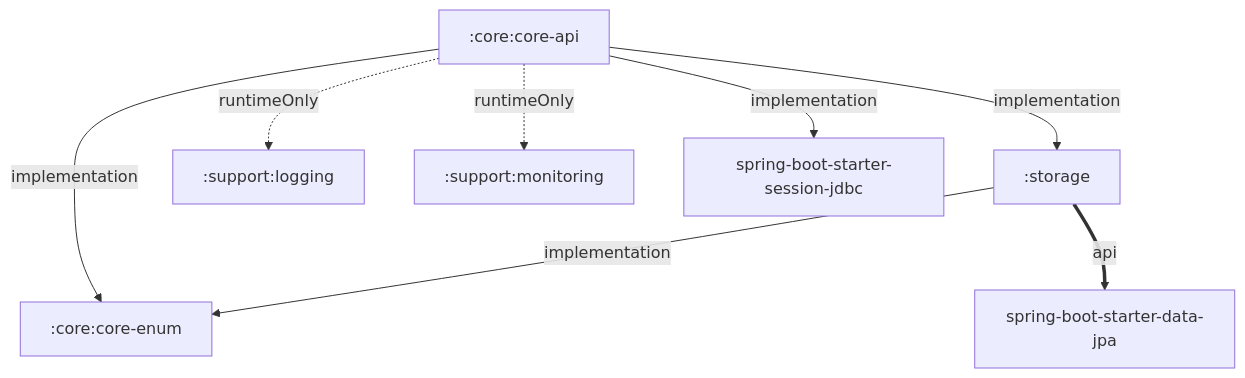
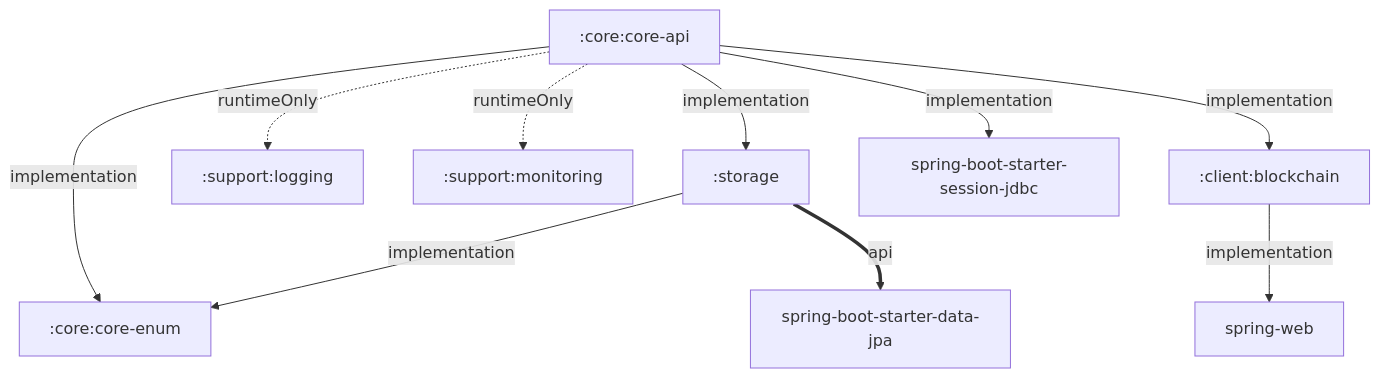
One commit to Team-ABC-Al-Block-Clock/Ai-Block-Clock changed the diagram in backend/ai-block-clock/docs/MODULES.md. Above: the diagram before and after it, drawn with Mermaid. The commit also changed other lines of this file and 1 other file, not shown here.

Commit message:
[S15P21A403-285] docs: client 모듈 구조와 설정 소유를 문서에 반영

````diff
--- a/backend/ai-block-clock/docs/MODULES.md
+++ b/backend/ai-block-clock/docs/MODULES.md
@@ -67,18 +73,22 @@
 ```mermaid
 graph TD
     api[":core:core-api"]
     enums[":core:core-enum"]
     storage[":storage"]
     logging[":support:logging"]
     monitoring[":support:monitoring"]
+    blockchain[":client:blockchain"]
     jpa["spring-boot-starter-data-jpa"]
     session["spring-boot-starter-session-jdbc"]
+    web["spring-web"]
 
     api -->|implementation| storage
     api -->|implementation| enums
     api -->|implementation| session
+    api -->|implementation| blockchain
     api -.->|runtimeOnly| logging
     api -.->|runtimeOnly| monitoring
     storage -->|implementation| enums
     storage ==>|api| jpa
+    blockchain -->|implementation| web
 ```
````
